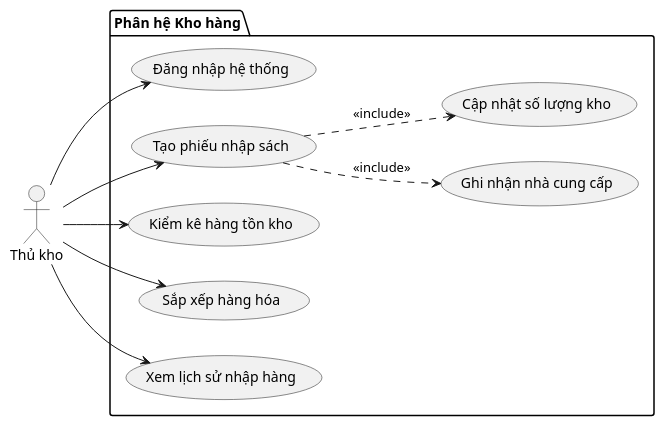
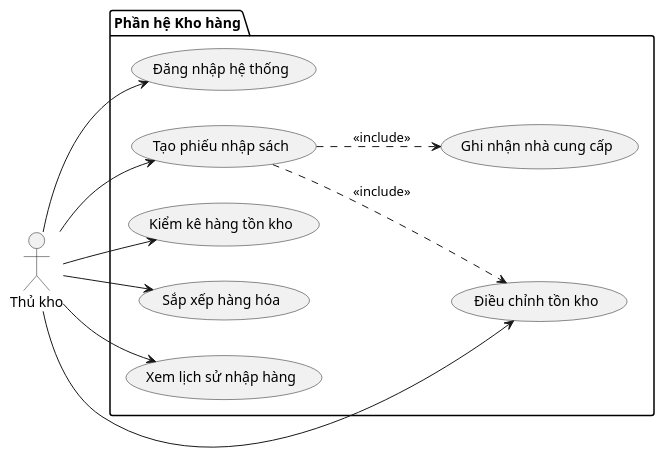
One commit to Kh0anh/QuanLyNhaSach changed the diagram in docs/use case/actor Thủ kho.plantuml. Above: the diagram before and after it, drawn with PlantUML. The commit also changed 13 other files, not shown here.

```diff
--- a/docs/use case/actor Thủ kho.plantuml
+++ b/docs/use case/actor Thủ kho.plantuml
@@ -1,23 +1,24 @@
 @startuml
 left to right direction
 actor "Thủ kho" as TK
 
-package "Phân hệ Kho hàng" {
+package "Phần hệ Kho hàng" {
     usecase "Đăng nhập hệ thống" as UC_Login
     usecase "Tạo phiếu nhập sách" as UC_NhapKho
     usecase "Ghi nhận nhà cung cấp" as UC_NCC
     usecase "Kiểm kê hàng tồn kho" as UC_KiemKe
-    usecase "Cập nhật số lượng kho" as UC_CapNhat
+    usecase "Điều chỉnh tồn kho" as UC_CapNhat
     usecase "Sắp xếp hàng hóa" as UC_SapXep
     usecase "Xem lịch sử nhập hàng" as UC_LichSu
 }
 
 TK --> UC_Login
 TK --> UC_NhapKho
 TK --> UC_KiemKe
+TK --> UC_CapNhat
 TK --> UC_SapXep
 TK --> UC_LichSu
 
 UC_NhapKho ..> UC_NCC : <<include>>
 UC_NhapKho ..> UC_CapNhat : <<include>>
 @enduml
```
